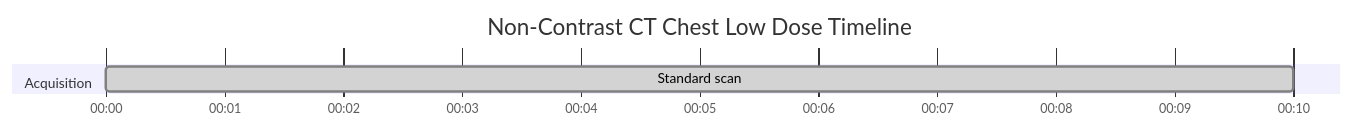
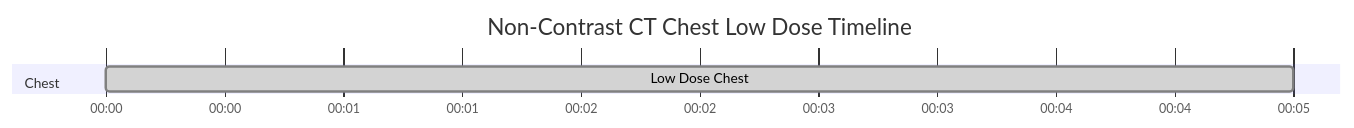
Before and after one commit to dfergs93/radiology-protocols: the diagram in docs/ct/chest/non-contrast-ct-chest-low-dose.md, drawn with Mermaid. The commit also changed 101 other files, not shown here.

````diff
--- a/docs/ct/chest/non-contrast-ct-chest-low-dose.md
+++ b/docs/ct/chest/non-contrast-ct-chest-low-dose.md
@@ -69,13 +69,15 @@
   ```mermaid
   ---
+  displayMode: compact
   config:
     theme: default
+    themeCSS: " #Saline{ fill: #4ed5ff; stroke: #2094f3; } "
   ---
     gantt
       title Non-Contrast CT Chest Low Dose Timeline
       dateFormat mm:ss
       axisFormat %M:%S 
       
-      section Acquisition
-      Standard scan    :done, scan1, 00:00, 10s
+      section Chest
+      Low Dose Chest    :done, scan1, 00:00, 5s
   ```
````
